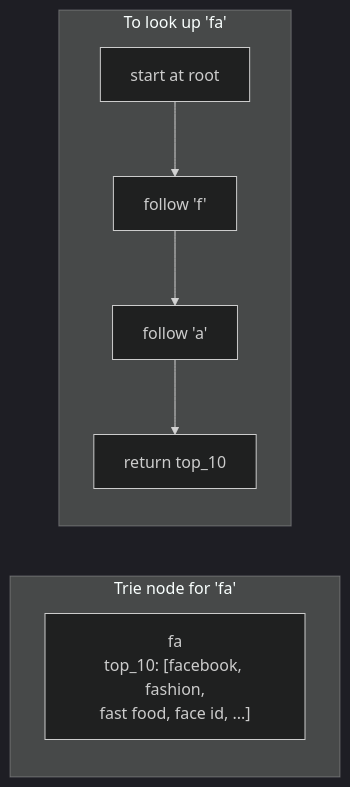
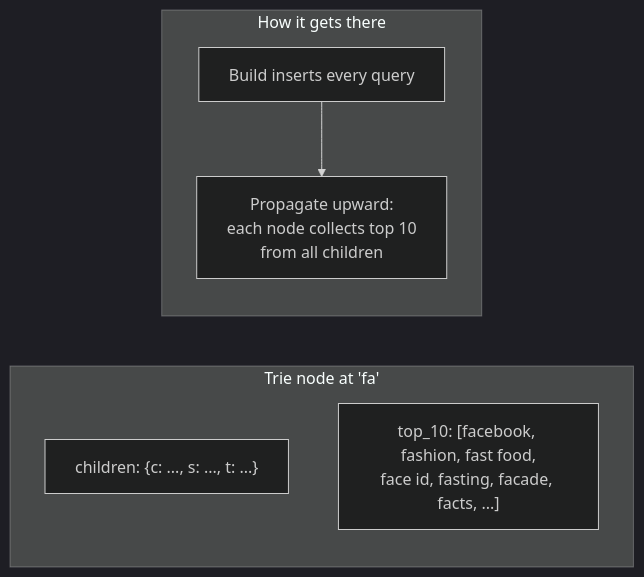
Before and after one commit to shiningflash/system-design: the fourth of 9 diagrams in problems/005-typeahead-autocomplete/question.md, drawn with Mermaid (dark theme). The commit also changed other lines of this file and 37 other files, not shown here.

````diff
--- a/problems/005-typeahead-autocomplete/question.md
+++ b/problems/005-typeahead-autocomplete/question.md
@@ -169,9 +153,10 @@
 ```mermaid
 flowchart LR
-    subgraph Trie["Trie node for 'fa'"]
-        N["fa\ntop_10: [facebook, fashion,\nfast food, face id, ...]"]
+    subgraph Node["Trie node at 'fa'"]
+        N1["children: {c: ..., s: ..., t: ...}"]
+        N2["top_10: [facebook, fashion, fast food,\nface id, fasting, facade, facts, ...]"]
     end
-    subgraph Walk["To look up 'fa'"]
-        W1[start at root] --> W2[follow 'f'] --> W3[follow 'a'] --> W4[return top_10]
+    subgraph Build["How it gets there"]
+        B1["Build inserts every query"] --> B2["Propagate upward:<br/>each node collects top 10<br/>from all children"]
     end
 ```
````
